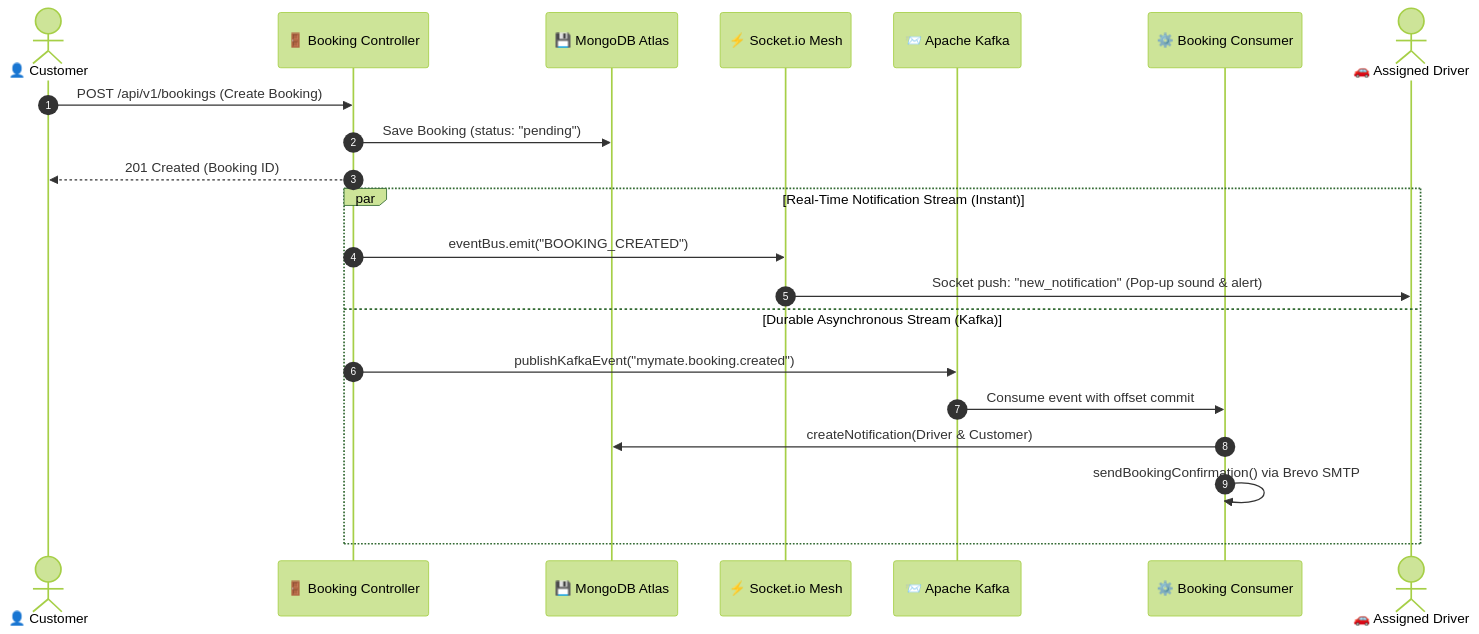
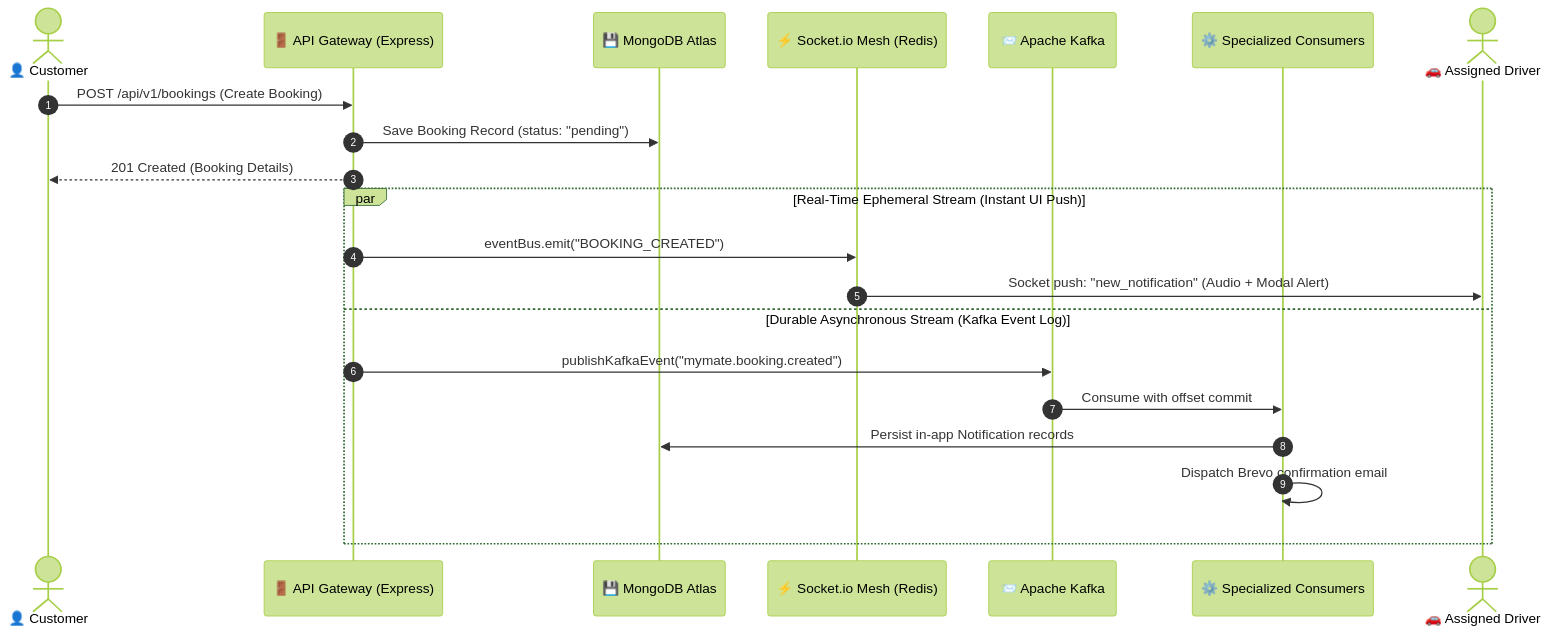
Before and after one commit to Susil-commits/MyMate: the second of 3 diagrams in readme.md, drawn with Mermaid (forest theme). The commit also changed other lines of this file and 18 other files, not shown here.

````diff
--- a/readme.md
+++ b/readme.md
@@ -109,25 +69,25 @@
 ```mermaid
 sequenceDiagram
     autonumber
     actor Customer as 👤 Customer
-    participant API as 🚪 Booking Controller
+    participant API as 🚪 API Gateway (Express)
     participant DB as 💾 MongoDB Atlas
-    participant Socket as ⚡ Socket.io Mesh
+    participant Socket as ⚡ Socket.io Mesh (Redis)
     participant Kafka as 📨 Apache Kafka
-    participant Consumer as ⚙️ Booking Consumer
+    participant Consumer as ⚙️ Specialized Consumers
     actor Driver as 🚗 Assigned Driver
 
     Customer->>API: POST /api/v1/bookings (Create Booking)
-    API->>DB: Save Booking (status: "pending")
-    API-->>Customer: 201 Created (Booking ID)
+    API->>DB: Save Booking Record (status: "pending")
+    API-->>Customer: 201 Created (Booking Details)
 
-    par Real-Time Notification Stream (Instant)
+    par Real-Time Ephemeral Stream (Instant UI Push)
         API->>Socket: eventBus.emit("BOOKING_CREATED")
-        Socket->>Driver: Socket push: "new_notification" (Pop-up sound & alert)
-    and Durable Asynchronous Stream (Kafka)
+        Socket->>Driver: Socket push: "new_notification" (Audio + Modal Alert)
+    and Durable Asynchronous Stream (Kafka Event Log)
         API->>Kafka: publishKafkaEvent("mymate.booking.created")
-        Kafka->>Consumer: Consume event with offset commit
-        Consumer->>DB: createNotification(Driver & Customer)
-        Consumer->>Consumer: sendBookingConfirmation() via Brevo SMTP
+        Kafka->>Consumer: Consume with offset commit
+        Consumer->>DB: Persist in-app Notification records
+        Consumer->>Consumer: Dispatch Brevo confirmation email
     end
 ```
````
